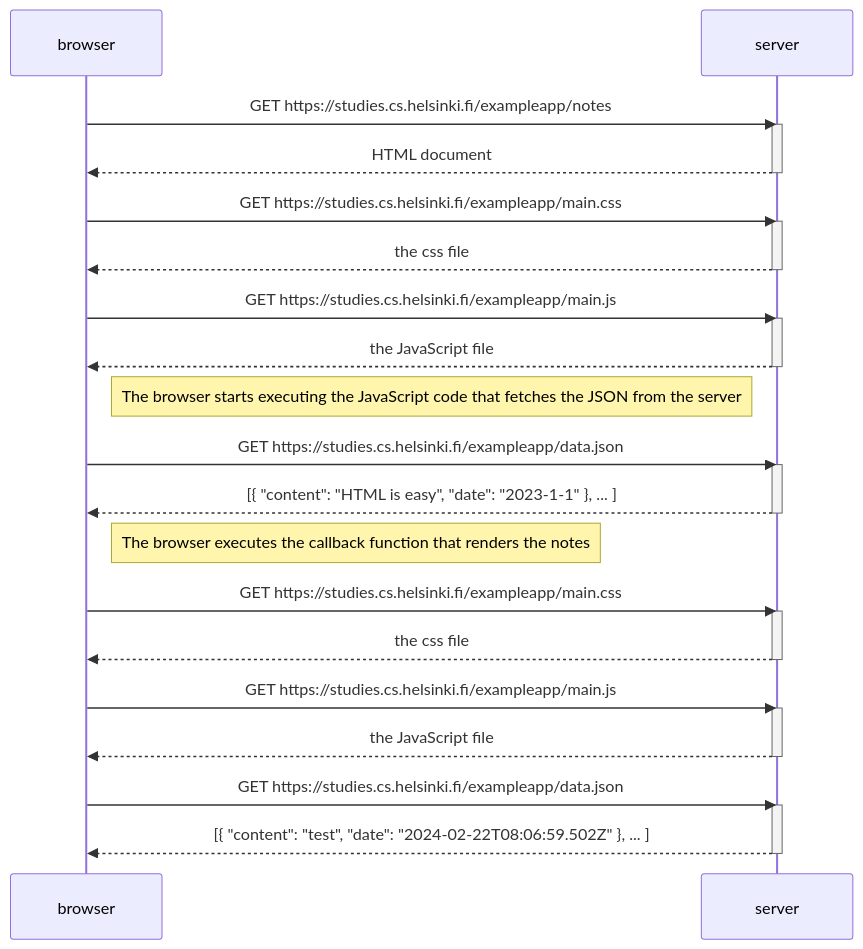
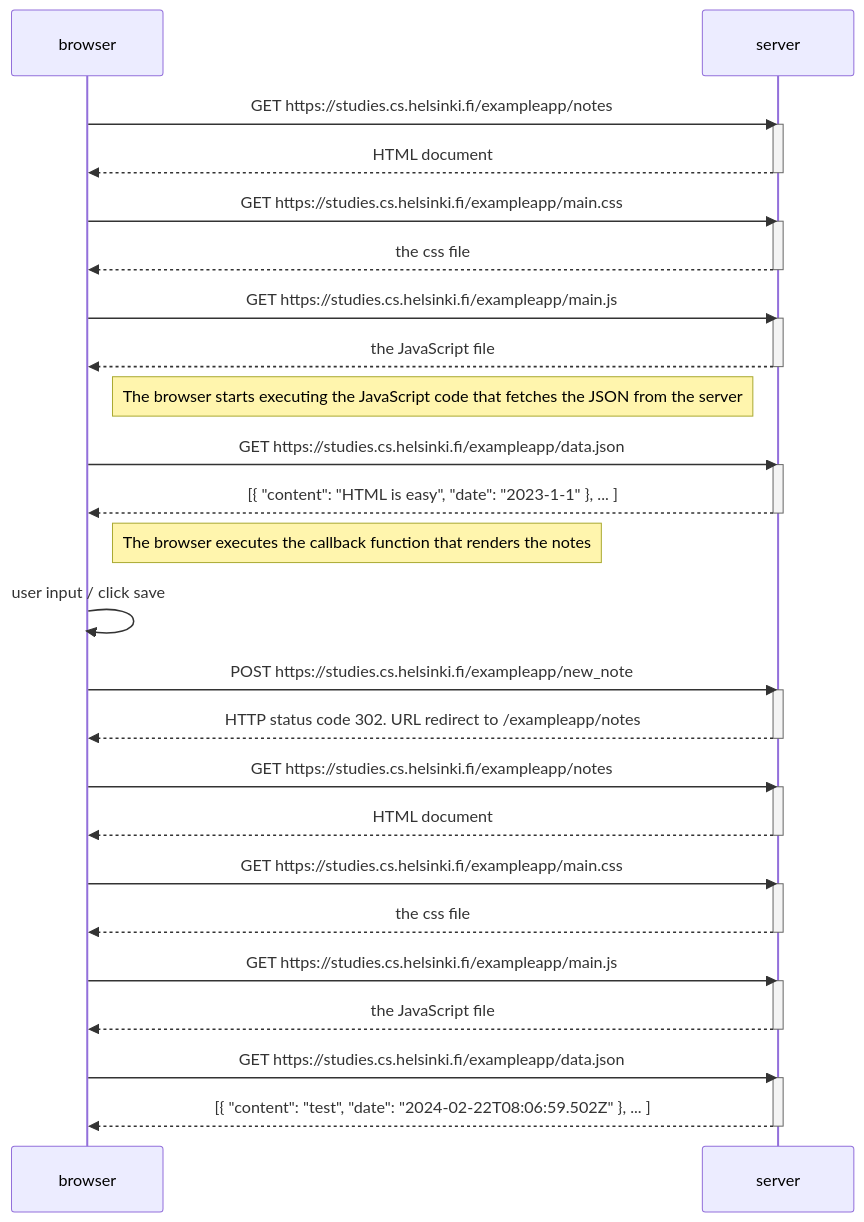
Before and after one commit to yuc217/full-stack-proj: the diagram in part0/exercise04.md, drawn with Mermaid.

````diff
--- a/part0/exercise04.md
+++ b/part0/exercise04.md
@@ -1,45 +1,57 @@
 ```mermaid
 sequenceDiagram
     participant browser
     participant server
 
     browser->>server: GET https://studies.cs.helsinki.fi/exampleapp/notes
     activate server
     server-->>browser: HTML document
     deactivate server
 
     browser->>server: GET https://studies.cs.helsinki.fi/exampleapp/main.css
     activate server
     server-->>browser: the css file
     deactivate server
 
     browser->>server: GET https://studies.cs.helsinki.fi/exampleapp/main.js
     activate server
     server-->>browser: the JavaScript file
     deactivate server
 
     Note right of browser: The browser starts executing the JavaScript code that fetches the JSON from the server
 
     browser->>server: GET https://studies.cs.helsinki.fi/exampleapp/data.json
     activate server
     server-->>browser: [{ "content": "HTML is easy", "date": "2023-1-1" }, ... ]
     deactivate server
 
     Note right of browser: The browser executes the callback function that renders the notes
 
+    browser->>browser: user input / click save
+
+    browser->>server: POST https://studies.cs.helsinki.fi/exampleapp/new_note
+    activate server
+    server-->>browser: HTTP status code 302. URL redirect to /exampleapp/notes
+    deactivate server
+
+    browser->>server: GET https://studies.cs.helsinki.fi/exampleapp/notes
+    activate server
+    server-->>browser: HTML document
+    deactivate server
+
     browser->>server: GET https://studies.cs.helsinki.fi/exampleapp/main.css
     activate server
     server-->>browser: the css file
     deactivate server
 
     browser->>server: GET https://studies.cs.helsinki.fi/exampleapp/main.js
     activate server
     server-->>browser: the JavaScript file
     deactivate server
 
     browser->>server: GET https://studies.cs.helsinki.fi/exampleapp/data.json
     activate server
     server-->>browser: [{ "content": "test", "date": "2024-02-22T08:06:59.502Z" }, ... ]
     deactivate server
     
 ```
````
